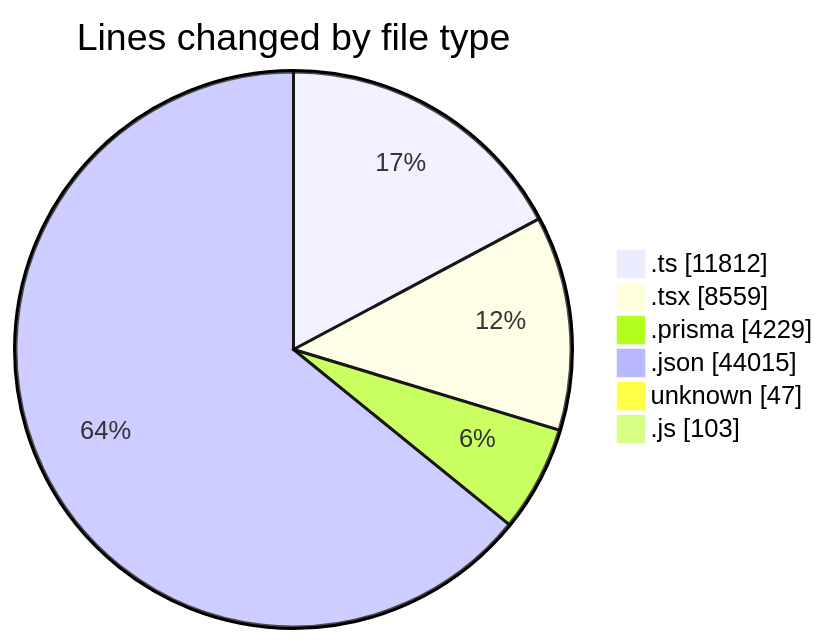
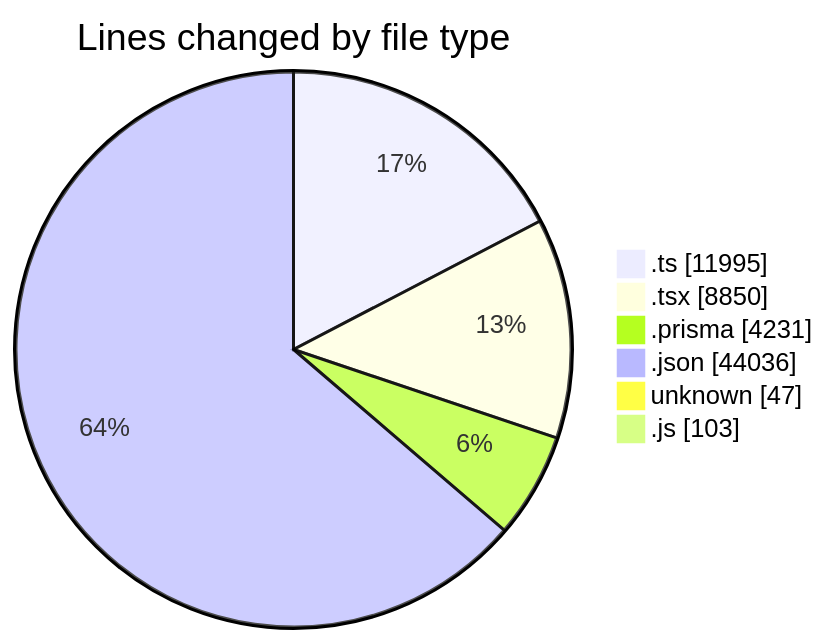
Before and after one commit to CELIANVF/code-tracking: the first of 2 diagrams in 2025-05-19/ecodeli-1/README.md, drawn with Mermaid. The commit also changed other lines of this file and 1 other file, not shown here.

````diff
--- a/2025-05-19/ecodeli-1/README.md
+++ b/2025-05-19/ecodeli-1/README.md
@@ -87,10 +88,10 @@
 ```mermaid
 pie showData
 title Lines changed by file type
-".ts" : 11812
-".tsx" : 8559
-".prisma" : 4229
-".json" : 44015
+".ts" : 11995
+".tsx" : 8850
+".prisma" : 4231
+".json" : 44036
 "unknown" : 47
 ".js" : 103
 ```
````
